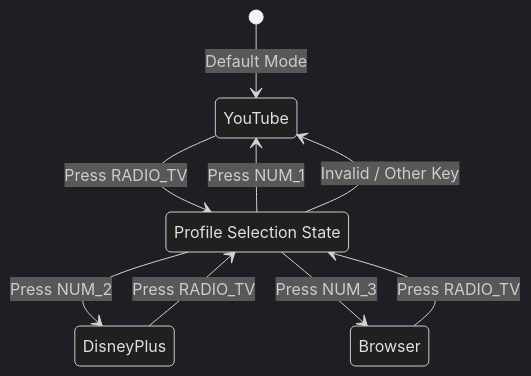
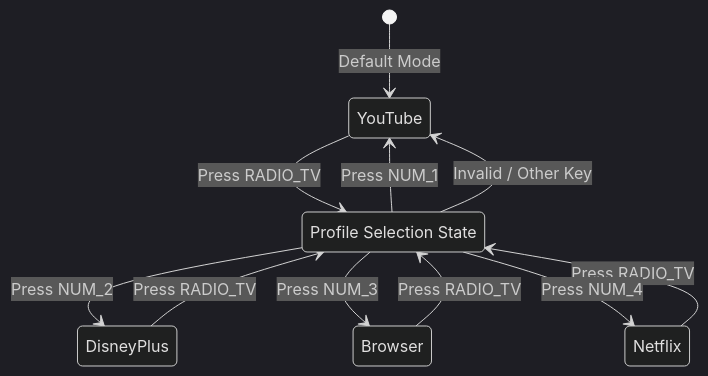
The diagram in docs/mapping.md (AtaCanYmc/RemoteStation), drawn with Mermaid (dark theme) before and after one commit. The commit also changed other lines of this file and 8 other files, not shown here.

Commit message:
feat(mapper): add Netflix application mode shortcuts and key mapping

````diff
--- a/docs/mapping.md
+++ b/docs/mapping.md
@@ -26,15 +26,17 @@
 ```mermaid
 stateDiagram-v2
     [*] --> YouTube : Default Mode
     
     state "Profile Selection State" as ModeSelect
     
     YouTube --> ModeSelect : Press RADIO_TV
     DisneyPlus --> ModeSelect : Press RADIO_TV
     Browser --> ModeSelect : Press RADIO_TV
+    Netflix --> ModeSelect : Press RADIO_TV
     
     ModeSelect --> YouTube : Press NUM_1
     ModeSelect --> DisneyPlus : Press NUM_2
     ModeSelect --> Browser : Press NUM_3
+    ModeSelect --> Netflix : Press NUM_4
     ModeSelect --> YouTube : Invalid / Other Key
 ```
````
